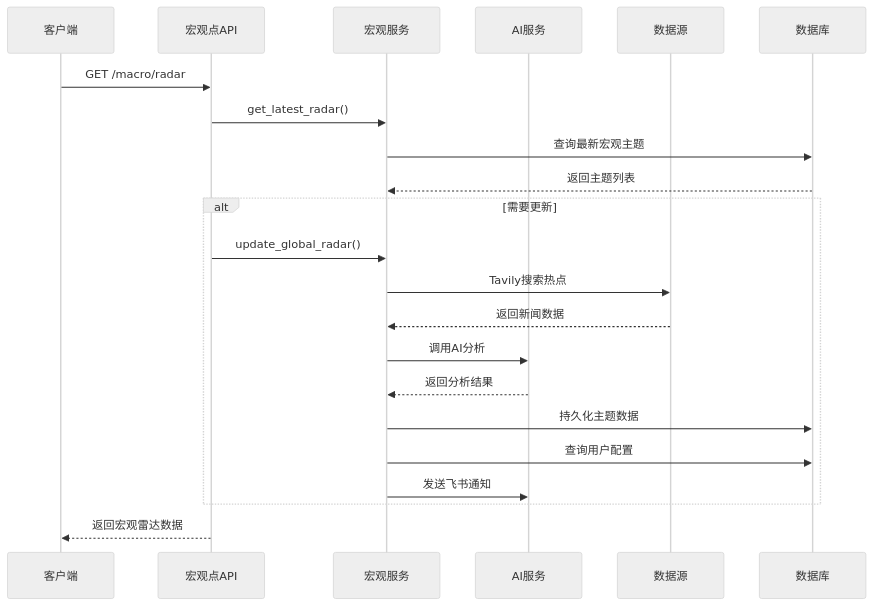
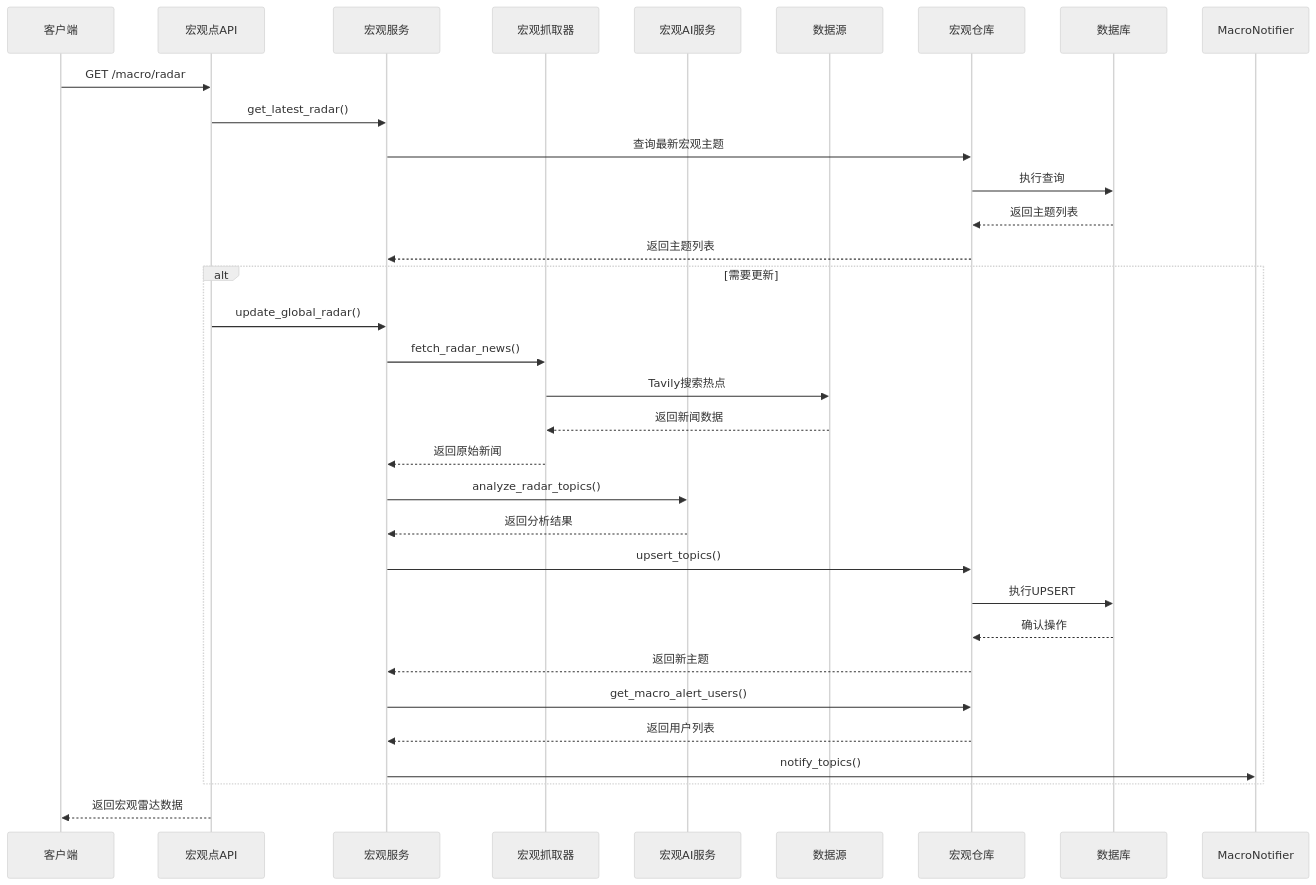
One commit to breeze-lyf/ai-stock-advisor changed the second of 5 diagrams in .qoder/repowiki/zh/content/后端开发指南/业务服务实现/宏观分析服务.md. Above: the diagram before and after it, drawn with Mermaid (neutral theme). The commit also changed other lines of this file and 52 other files, not shown here.

````diff
--- a/.qoder/repowiki/zh/content/后端开发指南/业务服务实现/宏观分析服务.md
+++ b/.qoder/repowiki/zh/content/后端开发指南/业务服务实现/宏观分析服务.md
@@ -110,24 +137,34 @@
 ```mermaid
 sequenceDiagram
 participant Client as 客户端
 participant API as 宏观点API
 participant Service as 宏观服务
-participant AI as AI服务
+participant Fetcher as 宏观抓取器
+participant AI as 宏观AI服务
 participant Provider as 数据源
+participant Repo as 宏观仓库
 participant DB as 数据库
 Client->>API : GET /macro/radar
 API->>Service : get_latest_radar()
-Service->>DB : 查询最新宏观主题
-DB-->>Service : 返回主题列表
+Service->>Repo : 查询最新宏观主题
+Repo->>DB : 执行查询
+DB-->>Repo : 返回主题列表
+Repo-->>Service : 返回主题列表
 alt 需要更新
 API->>Service : update_global_radar()
-Service->>Provider : Tavily搜索热点
-Provider-->>Service : 返回新闻数据
-Service->>AI : 调用AI分析
+Service->>Fetcher : fetch_radar_news()
+Fetcher->>Provider : Tavily搜索热点
+Provider-->>Fetcher : 返回新闻数据
+Fetcher-->>Service : 返回原始新闻
+Service->>AI : analyze_radar_topics()
 AI-->>Service : 返回分析结果
-Service->>DB : 持久化主题数据
-Service->>DB : 查询用户配置
-Service->>AI : 发送飞书通知
+Service->>Repo : upsert_topics()
+Repo->>DB : 执行UPSERT
+DB-->>Repo : 确认操作
+Repo-->>Service : 返回新主题
+Service->>Repo : get_macro_alert_users()
+Repo-->>Service : 返回用户列表
+Service->>MacroNotifier : notify_topics()
 end
 API-->>Client : 返回宏观雷达数据
 ```
````
